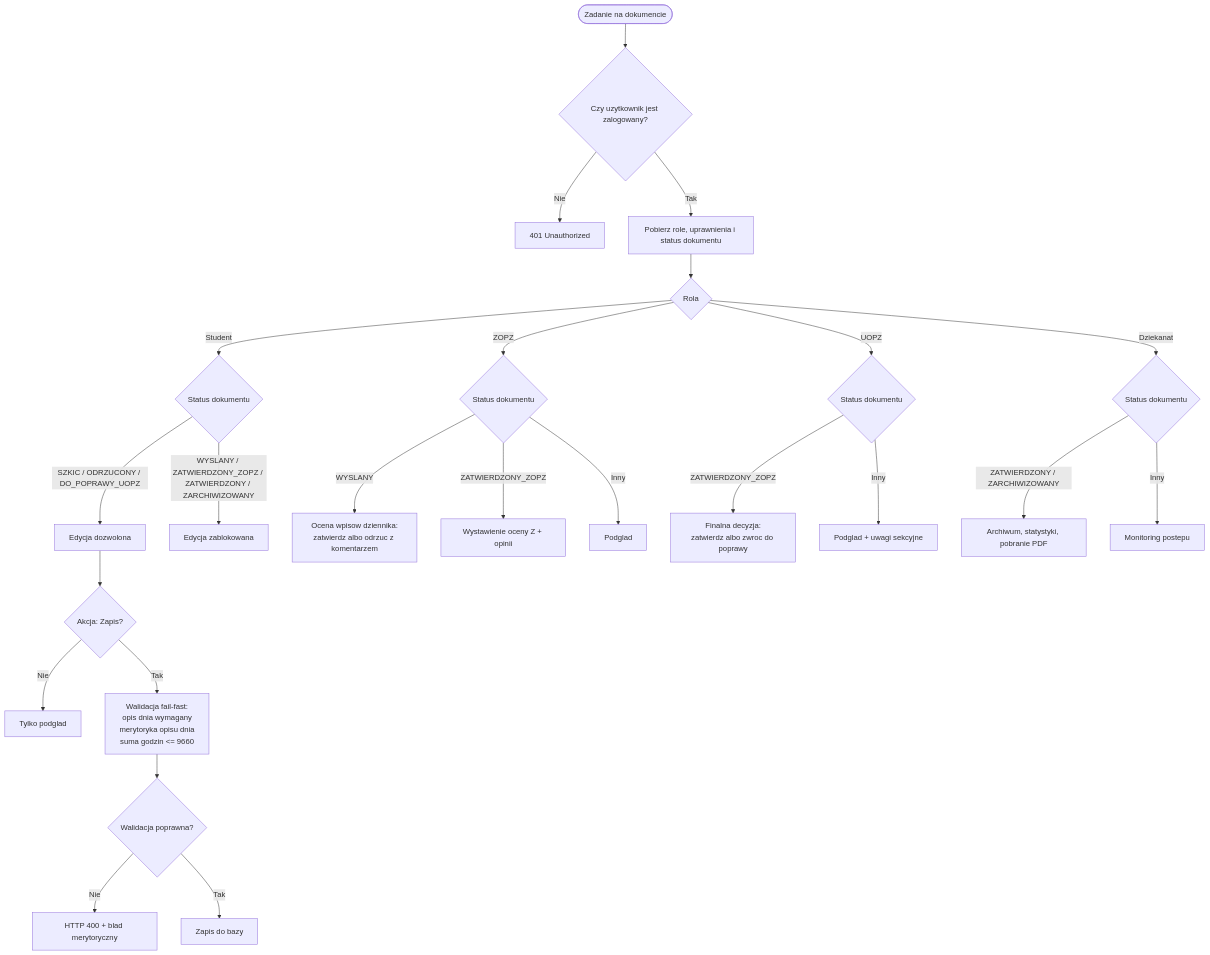
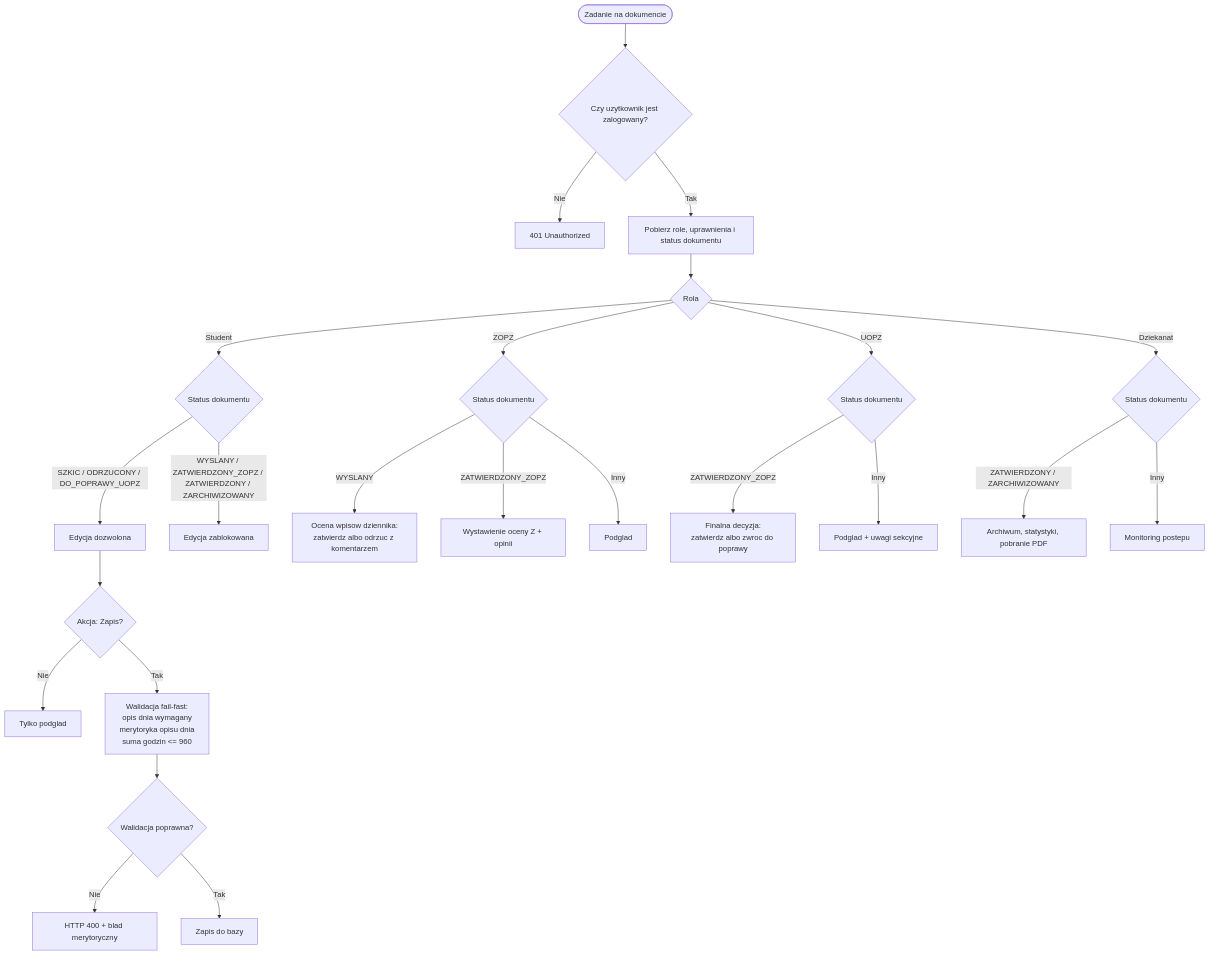
One commit to kacprow21324/flask-app-form changed the diagram in documentation/diagrams/diagrams_code/Flow_RBAC_Permissions.mmd. Above: the diagram before and after it, drawn with Mermaid. The commit also changed 148 other files, not shown here.

```diff
--- a/documentation/diagrams/diagrams_code/Flow_RBAC_Permissions.mmd
+++ b/documentation/diagrams/diagrams_code/Flow_RBAC_Permissions.mmd
@@ -1,28 +1,28 @@
 flowchart TD
     A([Zadanie na dokumencie]) --> B{Czy uzytkownik jest zalogowany?}
     B -- Nie --> B1[401 Unauthorized]
     B -- Tak --> C[Pobierz role, uprawnienia i status dokumentu]
     C --> D{Rola}
 
     D -->|Student| S0{Status dokumentu}
     S0 -->|SZKIC / ODRZUCONY / DO_POPRAWY_UOPZ| S1[Edycja dozwolona]
     S1 --> S2{Akcja: Zapis?}
     S2 -- Nie --> S3[Tylko podglad]
-    S2 -- Tak --> S4[Walidacja fail-fast:<br/>opis dnia wymagany<br/>merytoryka opisu dnia<br/>suma godzin <= 9660]
+    S2 -- Tak --> S4[Walidacja fail-fast:<br/>opis dnia wymagany<br/>merytoryka opisu dnia<br/>suma godzin <= 960]
     S4 --> S5{Walidacja poprawna?}
     S5 -- Nie --> S6[HTTP 400 + blad merytoryczny]
     S5 -- Tak --> S7[Zapis do bazy]
     S0 -->|WYSLANY / ZATWIERDZONY_ZOPZ / ZATWIERDZONY / ZARCHIWIZOWANY| S8[Edycja zablokowana]
 
     D -->|ZOPZ| Z0{Status dokumentu}
     Z0 -->|WYSLANY| Z1[Ocena wpisow dziennika:<br/>zatwierdz albo odrzuc z komentarzem]
     Z0 -->|ZATWIERDZONY_ZOPZ| Z2[Wystawienie oceny Z + opinii]
     Z0 -->|Inny| Z3[Podglad]
 
     D -->|UOPZ| U0{Status dokumentu}
     U0 -->|ZATWIERDZONY_ZOPZ| U1[Finalna decyzja:<br/>zatwierdz albo zwroc do poprawy]
     U0 -->|Inny| U2[Podglad + uwagi sekcyjne]
 
     D -->|Dziekanat| K0{Status dokumentu}
     K0 -->|ZATWIERDZONY / ZARCHIWIZOWANY| K1[Archiwum, statystyki, pobranie PDF]
     K0 -->|Inny| K2[Monitoring postepu]
```
